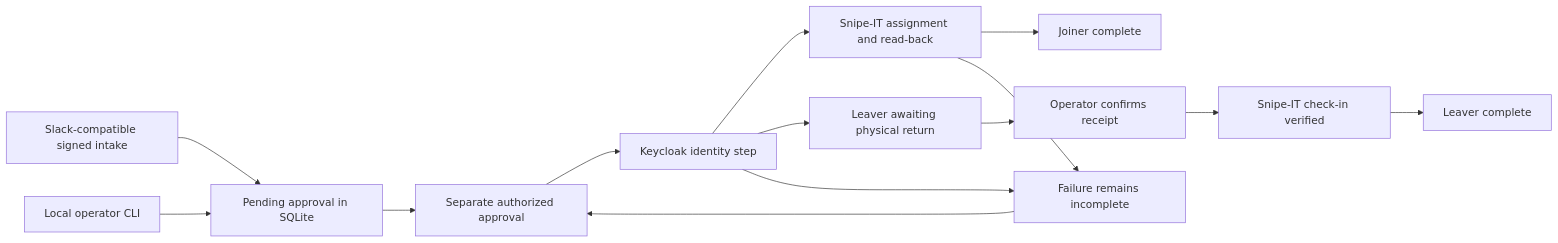
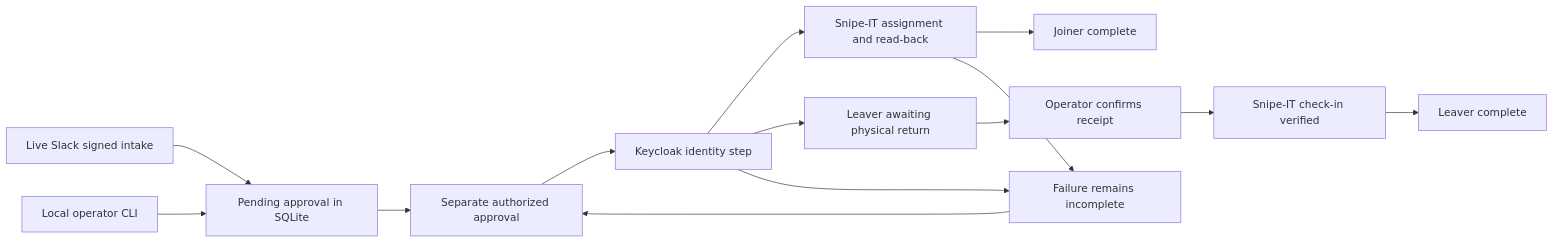
The diagram in docs/approved-asset-workflow.md (emckrieth/identity-lifecycle-automation-lab), drawn with Mermaid before and after one commit. The commit also changed other lines of this file and 6 other files, not shown here.

First line of the commit message:
Record owner-guided live Slack walkthrough and setup fixes (#3)

````diff
--- a/docs/approved-asset-workflow.md
+++ b/docs/approved-asset-workflow.md
@@ -17,16 +17,16 @@
 ```mermaid
 flowchart LR
-    S[Slack-compatible signed intake] --> Q[Pending approval in SQLite]
+    S[Live Slack signed intake] --> Q[Pending approval in SQLite]
     C[Local operator CLI] --> Q
     Q --> A[Separate authorized approval]
     A --> K[Keycloak identity step]
     K --> I[Snipe-IT assignment and read-back]
     I --> J[Joiner complete]
     K --> R[Leaver awaiting physical return]
     R --> P[Operator confirms receipt]
     P --> V[Snipe-IT check-in verified]
     V --> D[Leaver complete]
     K --> F[Failure remains incomplete]
     I --> F
     F --> A
 ```
````
